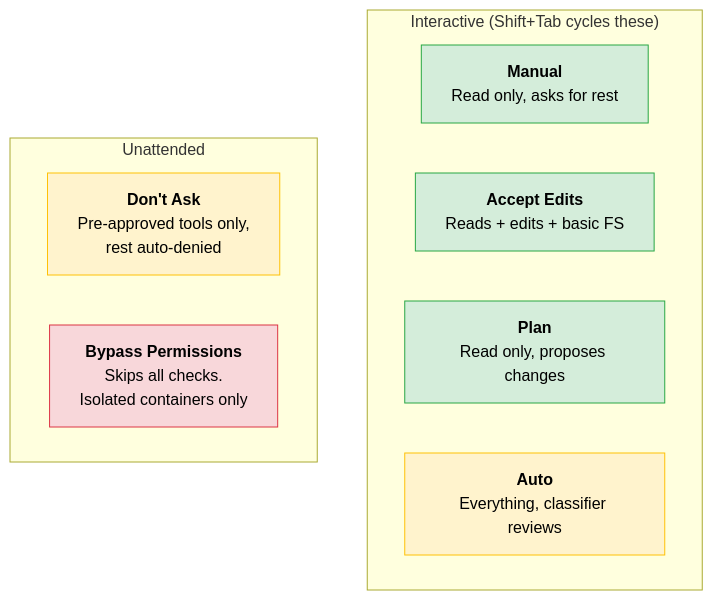
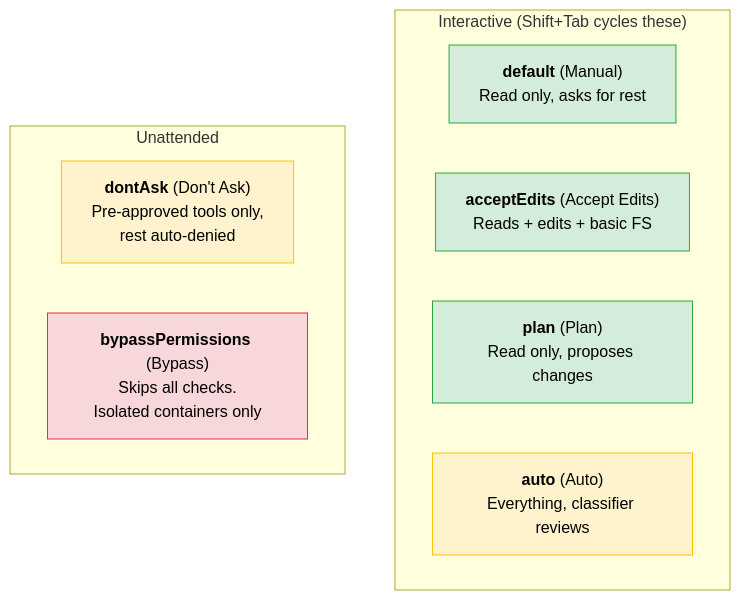
Before and after one commit to shreyabaid007/Claude-Certified-Architect: the third of 8 diagrams in Foundations/04-Claude-Code-in-Action/README.md, drawn with Mermaid. The commit also changed other lines of this file and 6 other files, not shown here.

````diff
--- a/Foundations/04-Claude-Code-in-Action/README.md
+++ b/Foundations/04-Claude-Code-in-Action/README.md
@@ -121,20 +121,20 @@
 ```mermaid
 flowchart TD
     subgraph interactive["Interactive (Shift+Tab cycles these)"]
-        M["<b>Manual</b><br/>Read only, asks for rest"]
-        AE["<b>Accept Edits</b><br/>Reads + edits + basic FS"]
-        P["<b>Plan</b><br/>Read only, proposes changes"]
-        AU["<b>Auto</b><br/>Everything, classifier reviews"]
+        M["<b>default</b> (Manual)<br/>Read only, asks for rest"]
+        AE["<b>acceptEdits</b> (Accept Edits)<br/>Reads + edits + basic FS"]
+        P["<b>plan</b> (Plan)<br/>Read only, proposes changes"]
+        AU["<b>auto</b> (Auto)<br/>Everything, classifier reviews"]
     end
     subgraph unattended["Unattended"]
-        DA["<b>Don't Ask</b><br/>Pre-approved tools only,<br/>rest auto-denied"]
-        BP["<b>Bypass Permissions</b><br/>Skips all checks.<br/>Isolated containers only"]
+        DA["<b>dontAsk</b> (Don't Ask)<br/>Pre-approved tools only,<br/>rest auto-denied"]
+        BP["<b>bypassPermissions</b> (Bypass)<br/>Skips all checks.<br/>Isolated containers only"]
     end
 
     style M fill:#d4edda,stroke:#28a745,color:#000
     style AE fill:#d4edda,stroke:#28a745,color:#000
     style P fill:#d4edda,stroke:#28a745,color:#000
     style AU fill:#fff3cd,stroke:#ffc107,color:#000
     style DA fill:#fff3cd,stroke:#ffc107,color:#000
     style BP fill:#f8d7da,stroke:#dc3545,color:#000
 ```
````
